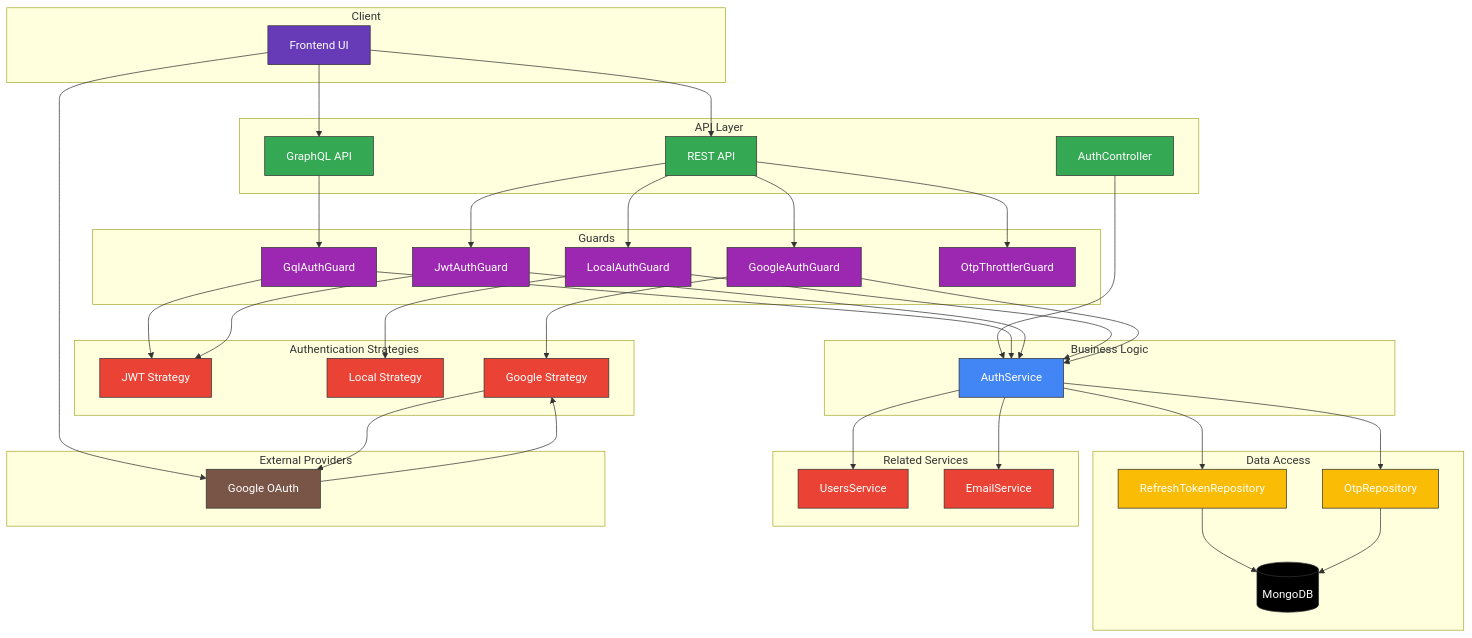
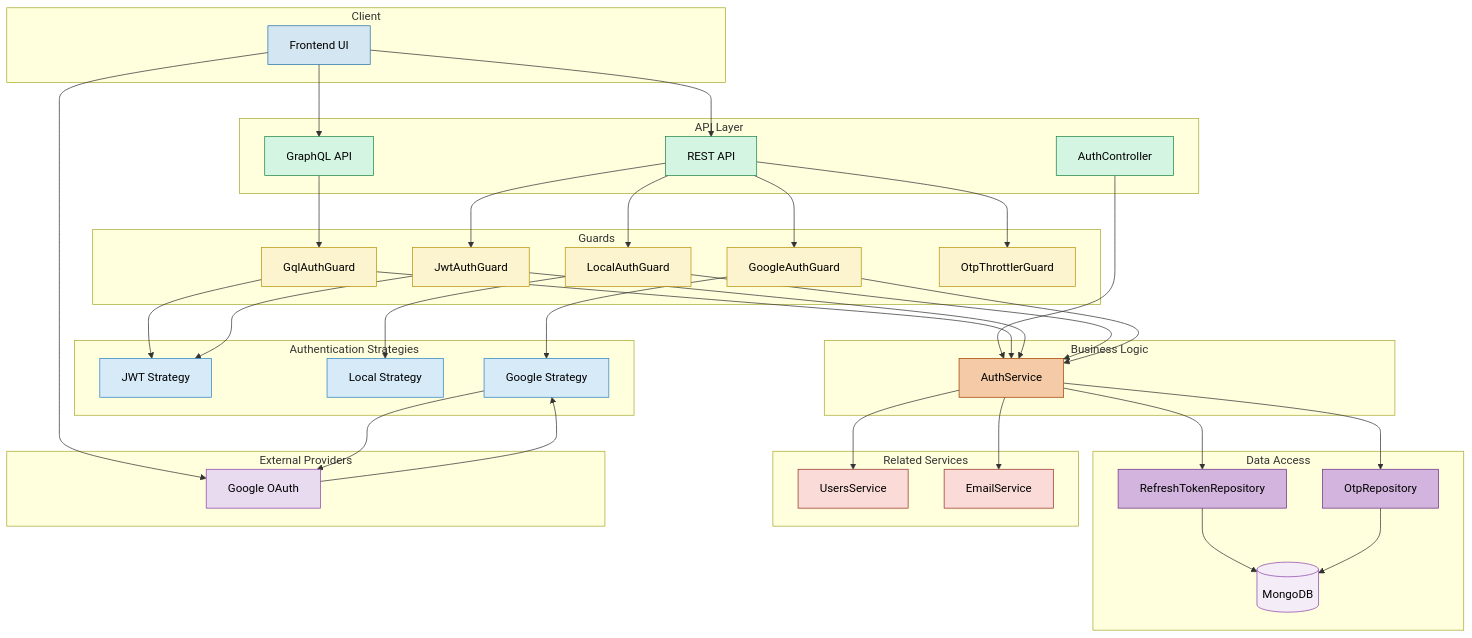
Before and after one commit to aniketdebnath/apollo-chat: the diagram in docs/core/authentication.md, drawn with Mermaid. The commit also changed 10 other files, not shown here.

Commit message:
inconsistency in diagrams fixed, updated with high contrast fill color suitable for github dark mode

````diff
--- a/docs/core/authentication.md
+++ b/docs/core/authentication.md
@@ -103,22 +103,23 @@
     GOOGLE --> GOOGLE_S
 
     %% Styles
-    classDef primary fill:#4285F4,stroke:#333,stroke-width:1px,color:white
-    classDef secondary fill:#34A853,stroke:#333,stroke-width:1px,color:white
-    classDef tertiary fill:#FBBC05,stroke:#333,stroke-width:1px,color:white
-    classDef quaternary fill:#EA4335,stroke:#333,stroke-width:1px,color:white
-    classDef guards fill:#9C27B0,stroke:#333,stroke-width:1px,color:white
-    classDef client fill:#673AB7,stroke:#333,stroke-width:1px,color:white
-    classDef db fill:#000000,stroke:#333,stroke-width:1px,color:white
-    classDef external fill:#795548,stroke:#333,stroke-width:1px,color:white
+    classDef client fill:#D4E6F1,stroke:#2874A6,stroke-width:1px,color:#000;
+    classDef api fill:#D5F5E3,stroke:#1E8449,stroke-width:1px,color:#000;
+    classDef guards fill:#FCF3CF,stroke:#B7950B,stroke-width:1px,color:#000;
+    classDef logic fill:#F5CBA7,stroke:#A04000,stroke-width:1px,color:#000;
+    classDef data fill:#D2B4DE,stroke:#6C3483,stroke-width:1px,color:#000;
+    classDef services fill:#FADBD8,stroke:#943126,stroke-width:1px,color:#000;
+    classDef strategies fill:#D6EAF8,stroke:#2E86C1,stroke-width:1px,color:#000;
+    classDef external fill:#E8DAEF,stroke:#8E44AD,stroke-width:1px,color:#000;
+    classDef db fill:#F4ECF7,stroke:#8E44AD,stroke-width:1px,color:#000;
 
     class UI client
-    class GQL,REST,AC secondary
+    class GQL,REST,AC api
     class GQL_G,JWT_G,LOCAL_G,GOOGLE_G,OTP_G guards
-    class AS primary
-    class RT_REPO,OTP_REPO tertiary
-    class US,EMAIL quaternary
-    class JWT_S,LOCAL_S,GOOGLE_S quaternary
+    class AS logic
+    class RT_REPO,OTP_REPO data
+    class US,EMAIL services
+    class JWT_S,LOCAL_S,GOOGLE_S strategies
     class DB db
     class GOOGLE external
 ```
````
